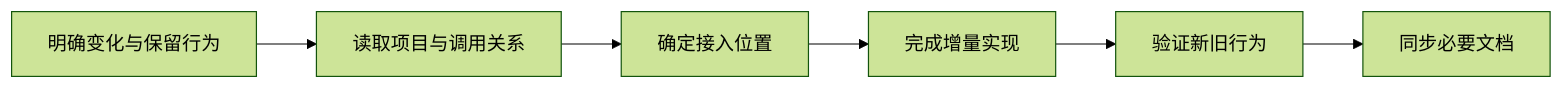
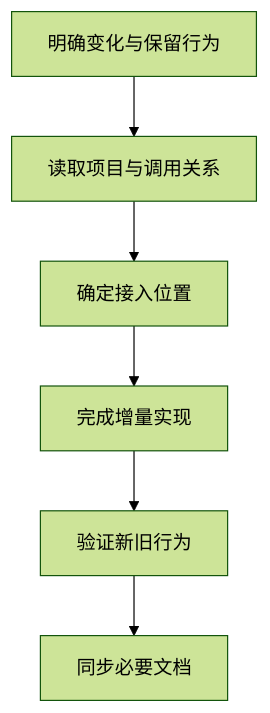
Before and after one commit to XiaoSiKe/project-evolution-engine: the diagram in README.md, drawn with Mermaid (forest theme).

Commit message:
docs: improve workflow readability on narrow screens

````diff
--- a/README.md
+++ b/README.md
@@ -105,8 +105,8 @@
 ```mermaid
-flowchart LR
+flowchart TD
     A["明确变化与保留行为"] --> B["读取项目与调用关系"]
     B --> C["确定接入位置"]
     C --> D["完成增量实现"]
     D --> E["验证新旧行为"]
     E --> F["同步必要文档"]
 ```
````
